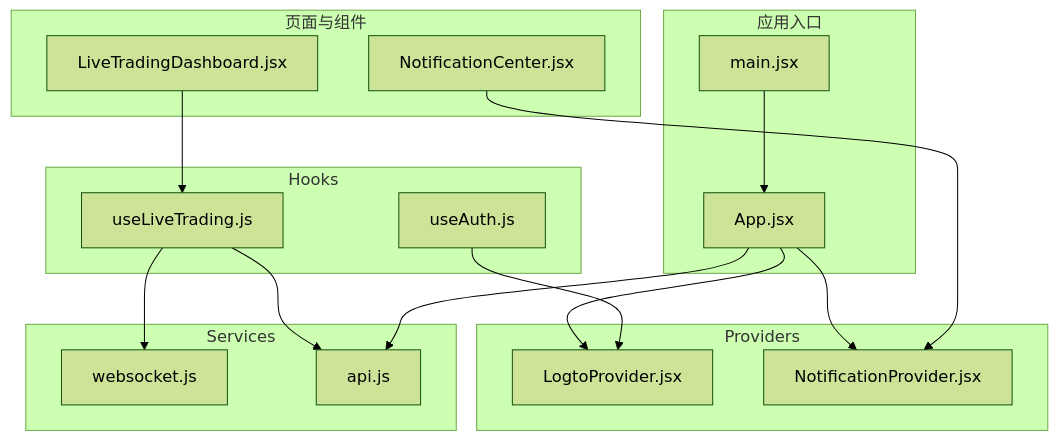
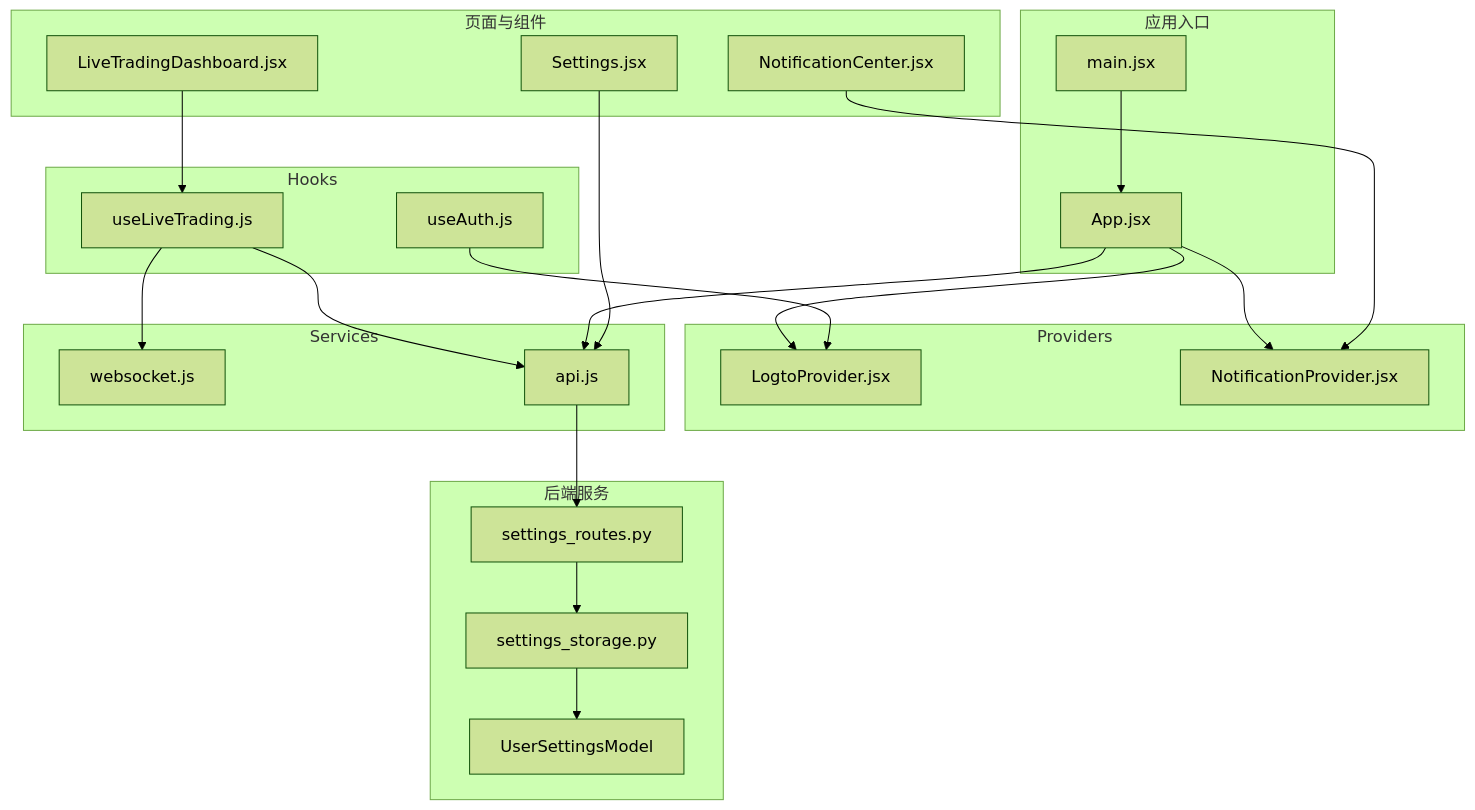
The first of 4 diagrams in .qoder/repowiki/zh/content/前端架构/状态管理.md (faryhuo/backtrader), drawn with Mermaid (forest theme) before and after one commit. The commit also changed other lines of this file and 17 other files, not shown here.

````diff
--- a/.qoder/repowiki/zh/content/前端架构/状态管理.md
+++ b/.qoder/repowiki/zh/content/前端架构/状态管理.md
@@ -47,32 +71,42 @@
 ```mermaid
 graph TB
 subgraph "应用入口"
 M["main.jsx"]
 A["App.jsx"]
 end
 subgraph "Providers"
 LP["LogtoProvider.jsx"]
 NP["NotificationProvider.jsx"]
 end
 subgraph "Hooks"
 UA["useAuth.js"]
 ULT["useLiveTrading.js"]
 end
 subgraph "Services"
 WS["websocket.js"]
 API["api.js"]
 end
 subgraph "页面与组件"
 LTB["LiveTradingDashboard.jsx"]
 NC["NotificationCenter.jsx"]
+ST["Settings.jsx"]
+end
+subgraph "后端服务"
+SR["settings_routes.py"]
+SS["settings_storage.py"]
+UM["UserSettingsModel"]
 end
 M --> A
 A --> LP
 A --> NP
 LTB --> ULT
 ULT --> WS
 ULT --> API
 NC --> NP
 UA --> LP
 A --> API
+ST --> API
+API --> SR
+SR --> SS
+SS --> UM
 ```
````
